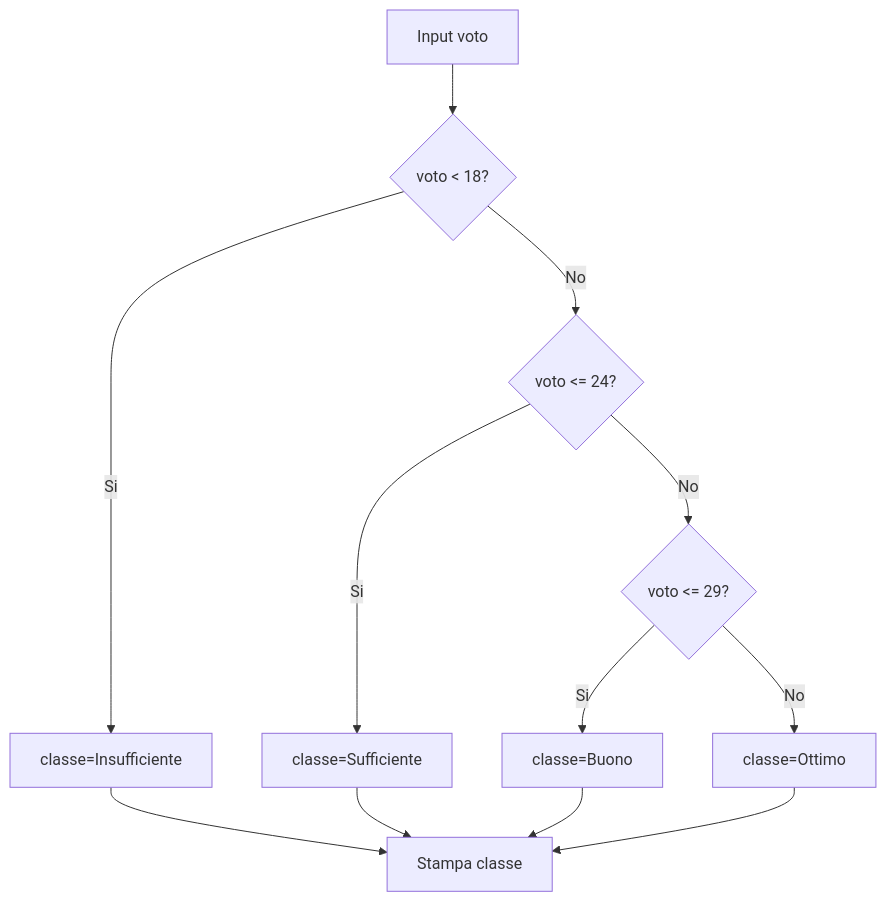
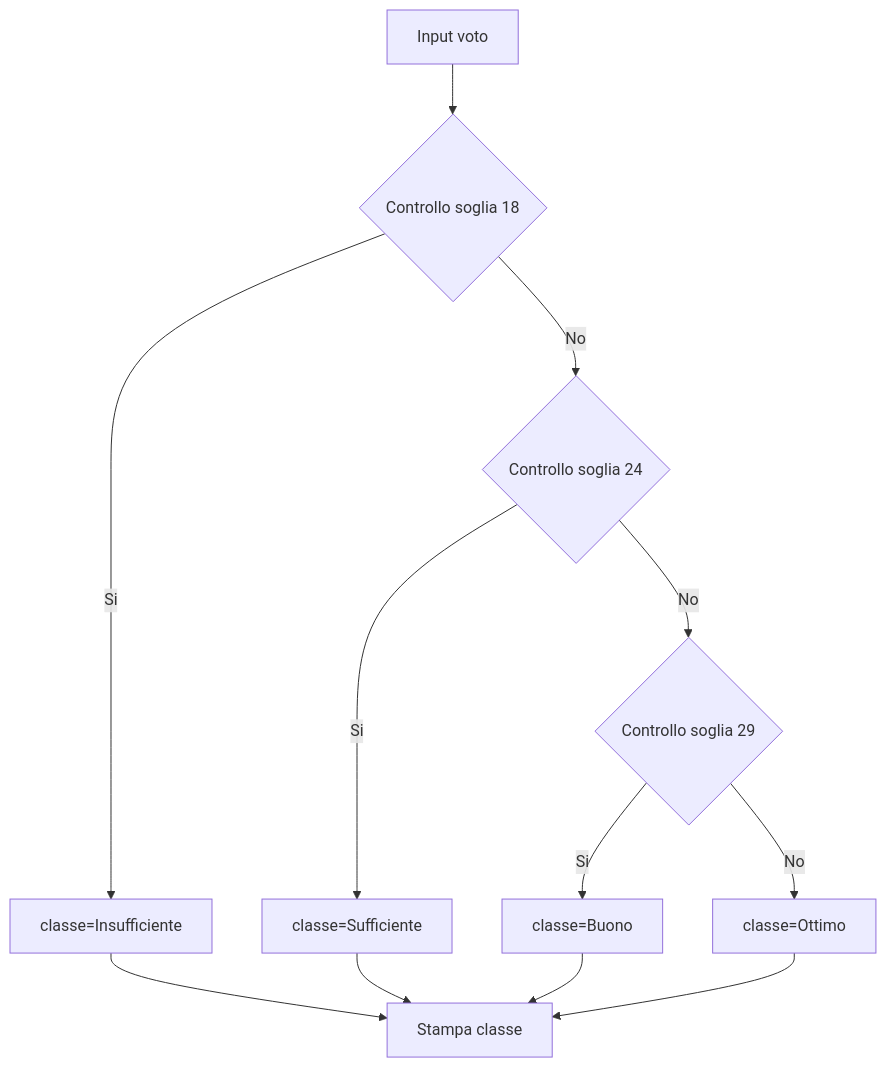
Before and after one commit to lucadagati/Lab_Fondamenti_di_Informatica_25_26: the second of 20 diagrams in 04-python-jupyter-analisi-biomedica/README.md, drawn with Mermaid. The commit also changed other lines of this file, not shown here.

First line of the commit message:
Fix Mermaid labels for GitHub parser compatibility

````diff
--- a/04-python-jupyter-analisi-biomedica/README.md
+++ b/04-python-jupyter-analisi-biomedica/README.md
@@ -87,14 +87,14 @@
 ```mermaid
 flowchart TD
-    A[Input voto] --> B{voto < 18?}
+    A[Input voto] --> B{Controllo soglia 18}
     B -- Si --> C[classe=Insufficiente]
-    B -- No --> D{voto <= 24?}
+    B -- No --> D{Controllo soglia 24}
     D -- Si --> E[classe=Sufficiente]
-    D -- No --> F{voto <= 29?}
+    D -- No --> F{Controllo soglia 29}
     F -- Si --> G[classe=Buono]
     F -- No --> H[classe=Ottimo]
     C --> I[Stampa classe]
     E --> I
     G --> I
     H --> I
 ```
````
